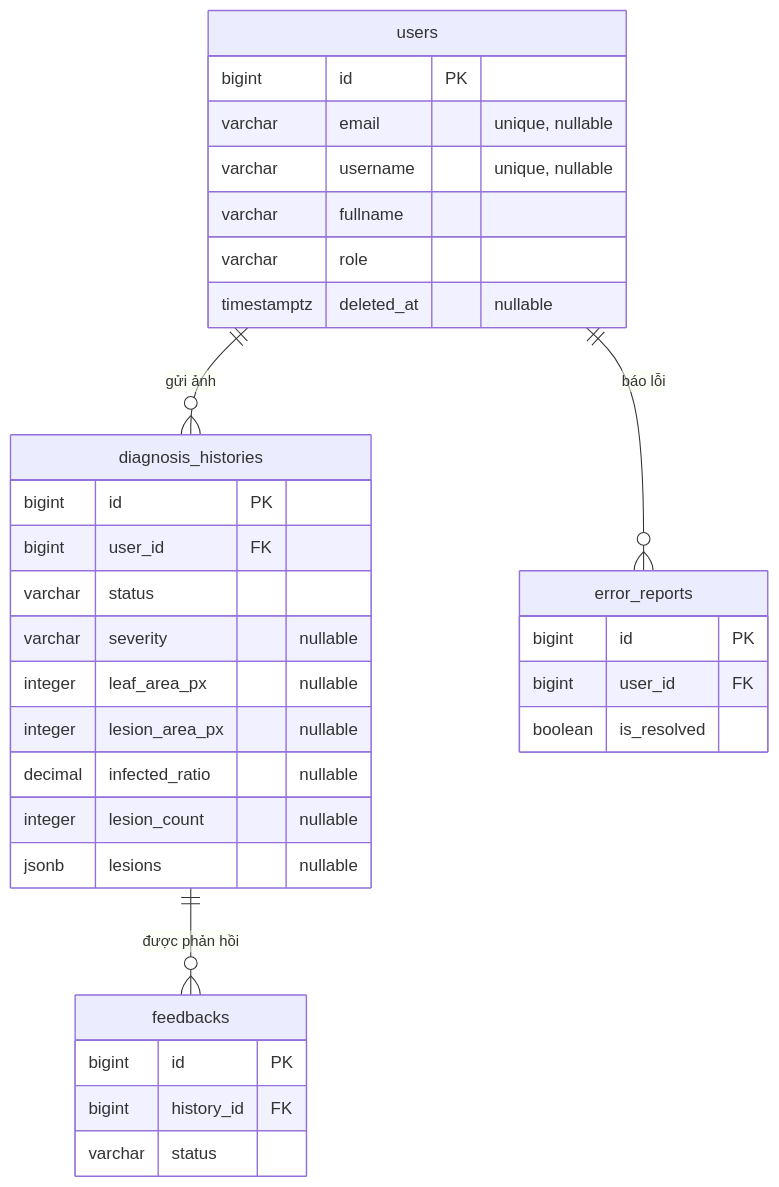
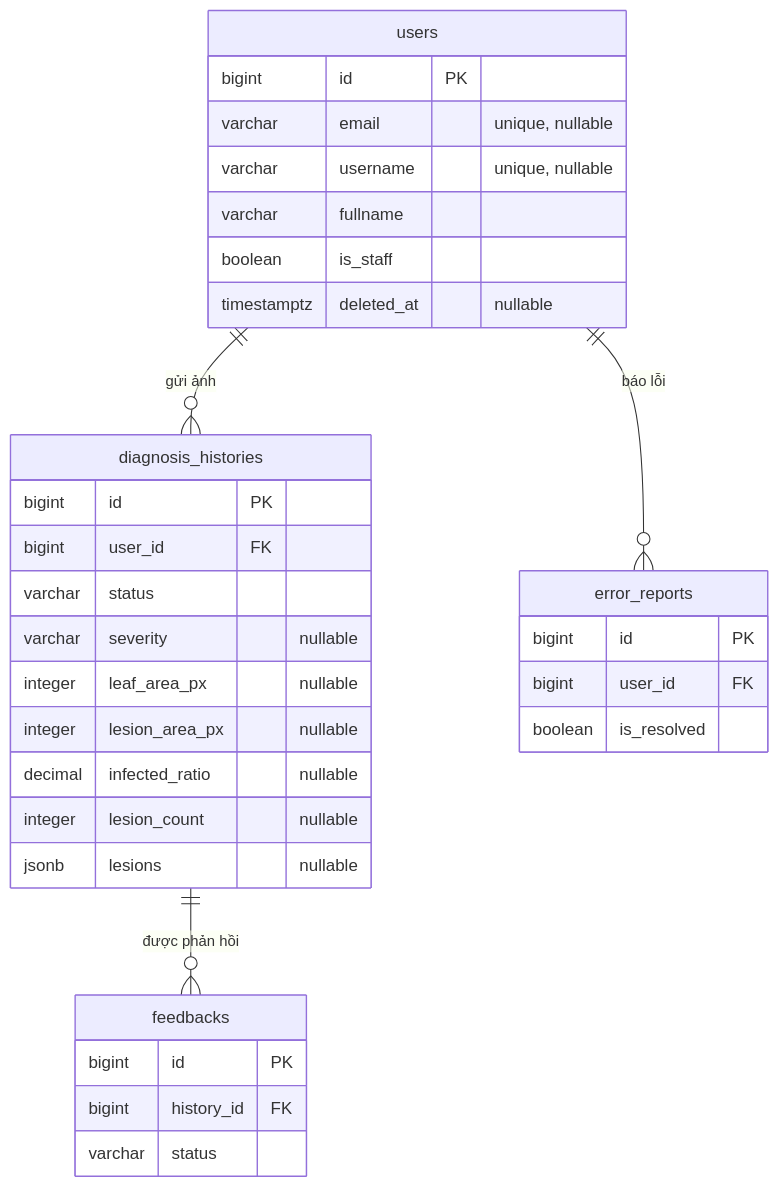
One commit to minhthong041/leaf-disease-detection changed the diagram in docs/database.md. Above: the diagram before and after it, drawn with Mermaid. The commit also changed other lines of this file and 4 other files, not shown here.

````diff
--- a/docs/database.md
+++ b/docs/database.md
@@ -24,36 +24,36 @@
 ```mermaid
 erDiagram
     users ||--o{ diagnosis_histories : "gửi ảnh"
     users ||--o{ error_reports : "báo lỗi"
     diagnosis_histories ||--o{ feedbacks : "được phản hồi"
 
     users {
         bigint id PK
         varchar email "unique, nullable"
         varchar username "unique, nullable"
         varchar fullname
-        varchar role
+        boolean is_staff
         timestamptz deleted_at "nullable"
     }
     diagnosis_histories {
         bigint id PK
         bigint user_id FK
         varchar status
         varchar severity "nullable"
         integer leaf_area_px "nullable"
         integer lesion_area_px "nullable"
         decimal infected_ratio "nullable"
         integer lesion_count "nullable"
         jsonb lesions "nullable"
     }
     feedbacks {
         bigint id PK
         bigint history_id FK
         varchar status
     }
     error_reports {
         bigint id PK
         bigint user_id FK
         boolean is_resolved
     }
 ```
````
